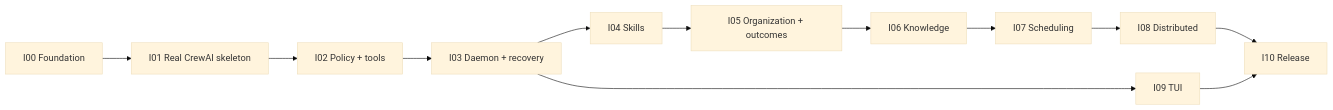
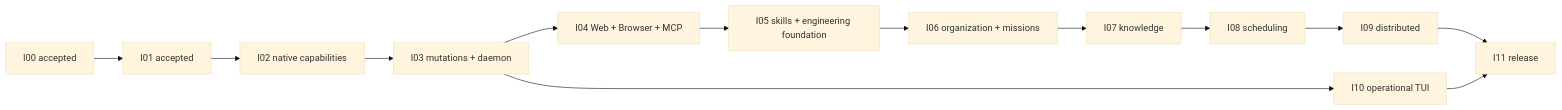
The diagram in docs/PROJECT/IMPLEMENTATION_PLAN.md (Y4NN777/mishkan), drawn with Mermaid (base theme) before and after one commit. The commit also changed other lines of this file and 3 other files, not shown here.

````diff
--- a/docs/PROJECT/IMPLEMENTATION_PLAN.md
+++ b/docs/PROJECT/IMPLEMENTATION_PLAN.md
@@ -546,14 +330,15 @@
 ```mermaid
 flowchart LR
-    I00["I00 Foundation"] --> I01["I01 Real CrewAI skeleton"]
-    I01 --> I02["I02 Policy + tools"]
-    I02 --> I03["I03 Daemon + recovery"]
-    I03 --> I04["I04 Skills"]
-    I04 --> I05["I05 Organization + outcomes"]
-    I05 --> I06["I06 Knowledge"]
-    I06 --> I07["I07 Scheduling"]
-    I07 --> I08["I08 Distributed"]
-    I03 --> I09["I09 TUI"]
-    I08 --> I10["I10 Release"]
-    I09 --> I10
+    I00["I00 accepted"] --> I01["I01 accepted"]
+    I01 --> I02["I02 native capabilities"]
+    I02 --> I03["I03 mutations + daemon"]
+    I03 --> I04["I04 Web + Browser + MCP"]
+    I04 --> I05["I05 skills + engineering foundation"]
+    I05 --> I06["I06 organization + missions"]
+    I06 --> I07["I07 knowledge"]
+    I07 --> I08["I08 scheduling"]
+    I08 --> I09["I09 distributed"]
+    I03 --> I10["I10 operational TUI"]
+    I09 --> I11["I11 release"]
+    I10 --> I11
 ```
````
